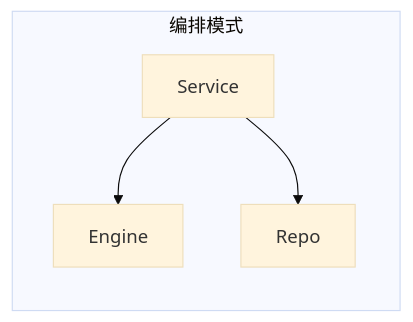
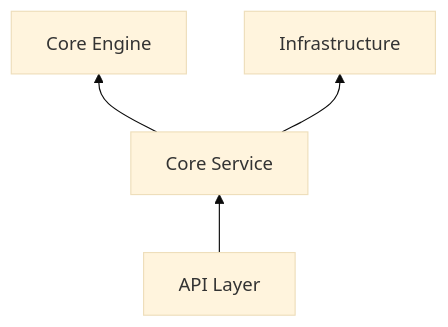
Before and after one commit to AruNi-01/atmos: the diagram in .atmos/wiki/deep-dive/core-service/index.md, drawn with Mermaid (base theme). The commit also changed other lines of this file and 49 other files, not shown here.

````diff
--- a/.atmos/wiki/deep-dive/core-service/index.md
+++ b/.atmos/wiki/deep-dive/core-service/index.md
@@ -54,11 +31,6 @@
 ```mermaid
-flowchart LR
-    subgraph 编排模式
-        Service[Service]
-        Engine[Engine]
-        Repo[Repo]
-    end
-
-    Service --> Engine
-    Service --> Repo
+graph BT
+    API[API Layer] --> Service[Core Service]
+    Service --> Engine[Core Engine]
+    Service --> Infra[Infrastructure]
 ```
````
